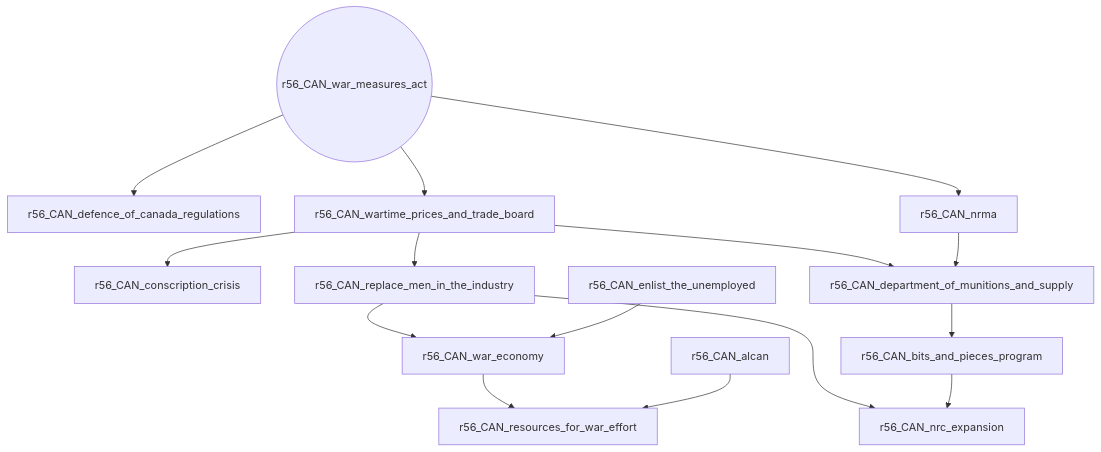
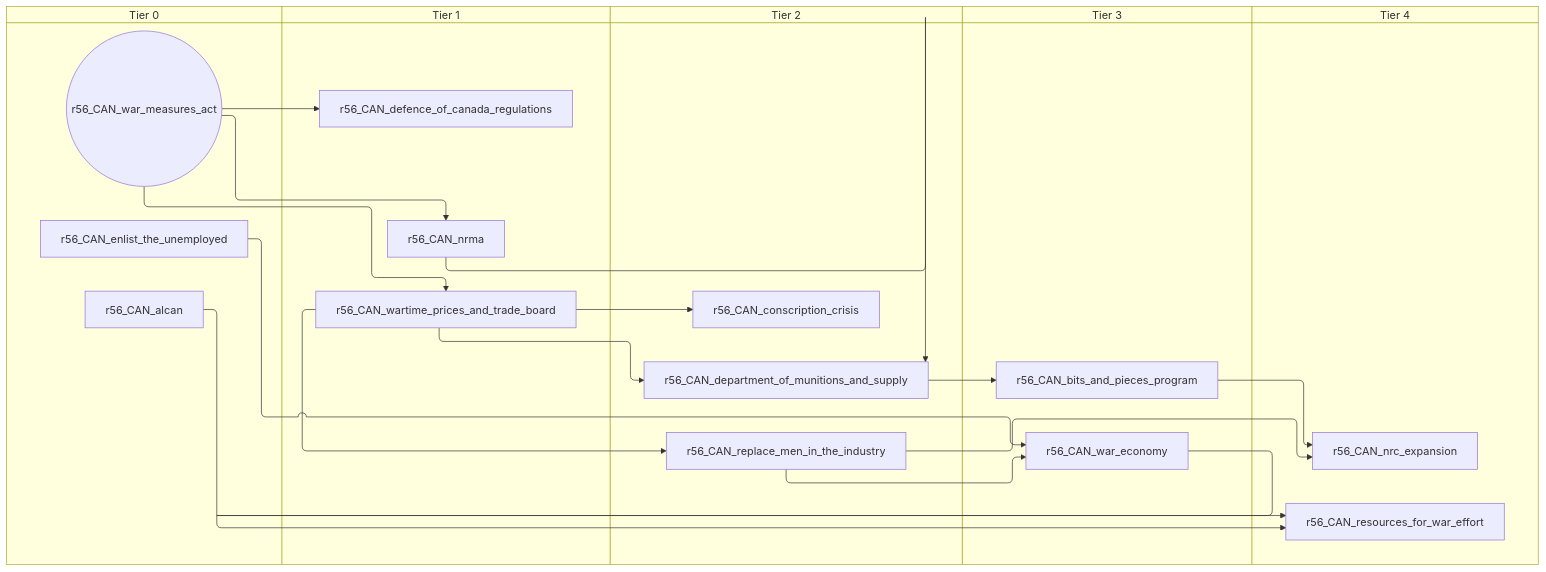
One commit to evgeny-sobol/hoi4-sandbox-mode-r56 changed diagram 11 of 11 in docs/gdd/National Focuses/canada.md. Above: the diagram before and after it, drawn with Mermaid. The commit also changed other lines of this file and 423 other files, not shown here.

First line of the commit message:
Re-export Rt56 focus trees as swimlane diagrams

````diff
--- a/docs/gdd/National Focuses/canada.md
+++ b/docs/gdd/National Focuses/canada.md
@@ -756,30 +880,40 @@
 ```mermaid
-flowchart TD
-    n19["r56_CAN_alcan"]
-    n190["r56_CAN_bits_and_pieces_program"]
-    n191["r56_CAN_conscription_crisis"]
-    n192["r56_CAN_defence_of_canada_regulations"]
-    n193["r56_CAN_department_of_munitions_and_supply"]
-    n26["r56_CAN_enlist_the_unemployed"]
-    n194["r56_CAN_nrc_expansion"]
-    n195["r56_CAN_nrma"]
-    n34["r56_CAN_replace_men_in_the_industry"]
-    n36["r56_CAN_resources_for_war_effort"]
-    n41["r56_CAN_war_economy"]
-    n196(("r56_CAN_war_measures_act"))
-    n197["r56_CAN_wartime_prices_and_trade_board"]
-    n193 --> n190
-    n197 --> n191
-    n196 --> n192
-    n195 --> n193
-    n197 --> n193
-    n190 --> n194
-    n34 --> n194
-    n196 --> n195
-    n197 --> n34
-    n19 --> n36
-    n41 --> n36
-    n26 --> n41
-    n34 --> n41
+swimlane-beta TD
+    subgraph tier_0["Tier 0"]
+        n32["r56_CAN_alcan"]
+        n30["r56_CAN_enlist_the_unemployed"]
+        n190(("r56_CAN_war_measures_act"))
+    end
+    subgraph tier_1["Tier 1"]
+        n191["r56_CAN_defence_of_canada_regulations"]
+        n192["r56_CAN_nrma"]
+        n193["r56_CAN_wartime_prices_and_trade_board"]
+    end
+    subgraph tier_2["Tier 2"]
+        n194["r56_CAN_conscription_crisis"]
+        n195["r56_CAN_department_of_munitions_and_supply"]
+        n21["r56_CAN_replace_men_in_the_industry"]
+    end
+    subgraph tier_3["Tier 3"]
+        n196["r56_CAN_bits_and_pieces_program"]
+        n37["r56_CAN_war_economy"]
+    end
+    subgraph tier_4["Tier 4"]
+        n197["r56_CAN_nrc_expansion"]
+        n40["r56_CAN_resources_for_war_effort"]
+    end
+    n195 --> n196
+    n193 --> n194
+    n190 --> n191
+    n192 --> n195
+    n193 --> n195
     n196 --> n197
+    n21 --> n197
+    n190 --> n192
+    n193 --> n21
+    n32 --> n40
+    n37 --> n40
+    n30 --> n37
+    n21 --> n37
+    n190 --> n193
 ```
````
